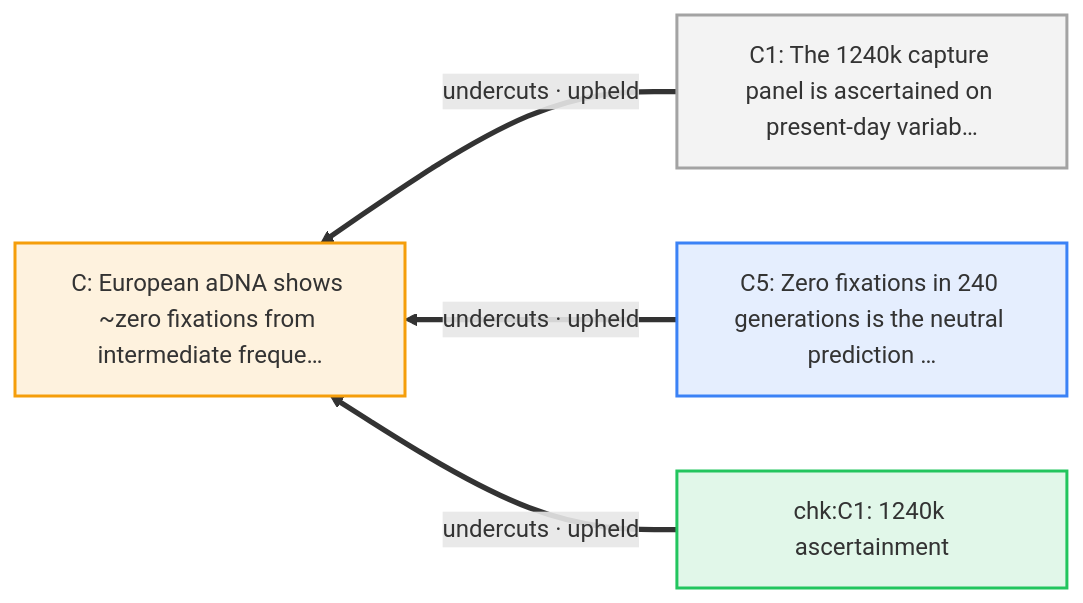
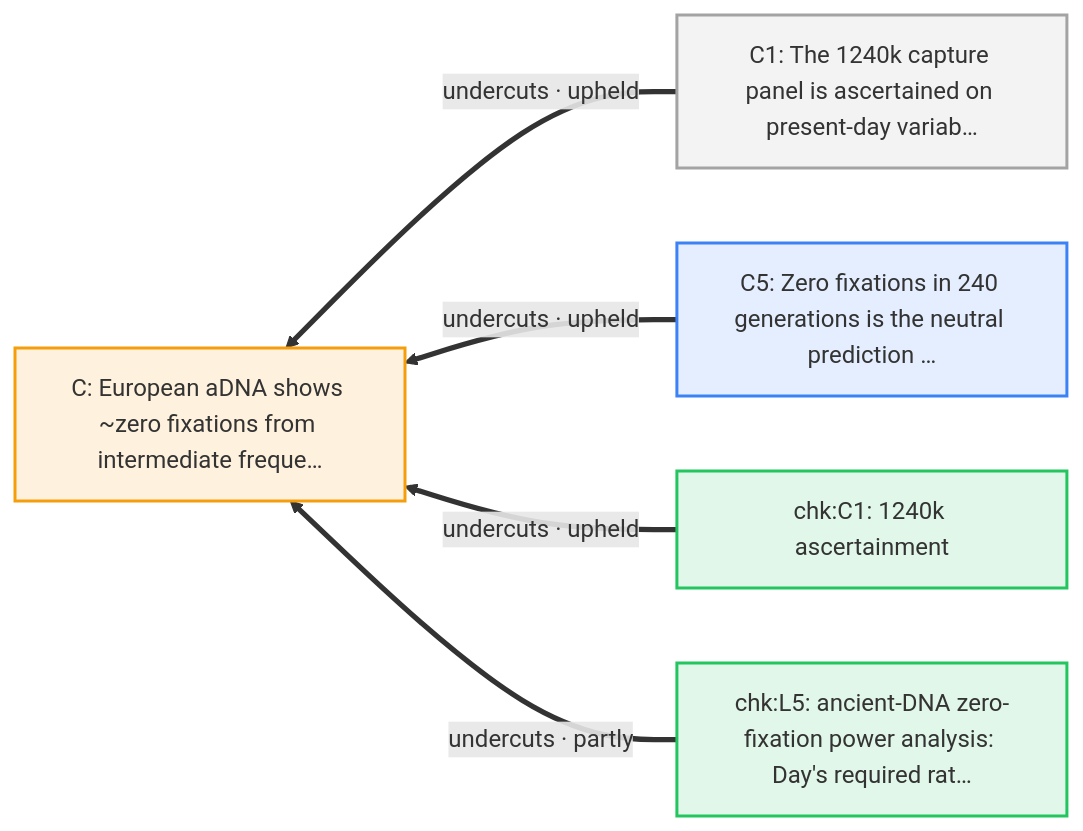
One commit to nickallevato/evo-sim changed the ninth of 23 diagrams in docs/arguments/defeaters.md. Above: the diagram before and after it, drawn with Mermaid. The commit also changed other lines of this file and 16 other files, not shown here.

````diff
--- a/docs/arguments/defeaters.md
+++ b/docs/arguments/defeaters.md
@@ -494,15 +494,17 @@
 ```mermaid
 flowchart RL
   classDef day fill:#f59e0b22,stroke:#f59e0b,stroke-width:2px
   classDef ally fill:#d9770622,stroke:#d97706,stroke-width:2px
   classDef critic fill:#3b82f622,stroke:#3b82f6,stroke-width:2px
   classDef literature fill:#a3a3a322,stroke:#a3a3a3,stroke-width:2px
   classDef audit fill:#22c55e22,stroke:#22c55e,stroke-width:2px
   C["C: European aDNA shows ~zero fixations from intermediate freque…"]:::day
   C1["C1: The 1240k capture panel is ascertained on present-day variab…"]:::literature
   C5["C5: Zero fixations in 240 generations is the neutral prediction …"]:::critic
   chk_C1["chk:C1: 1240k ascertainment"]:::audit
+  chk_L5["chk:L5: ancient-DNA zero-fixation power analysis: Day's required rat…"]:::audit
   C1 ==>|"undercuts · upheld"| C
   C5 ==>|"undercuts · upheld"| C
   chk_C1 ==>|"undercuts · upheld"| C
+  chk_L5 ==>|"undercuts · partly"| C
 ```
````
